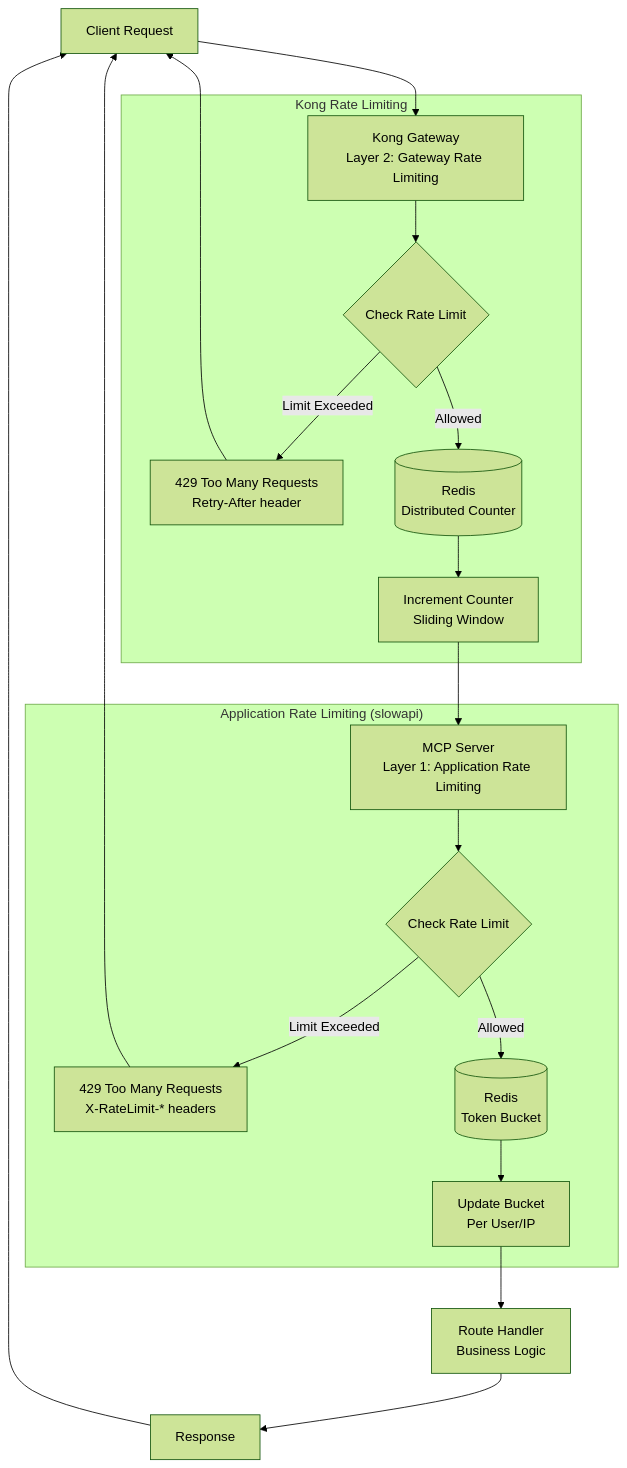
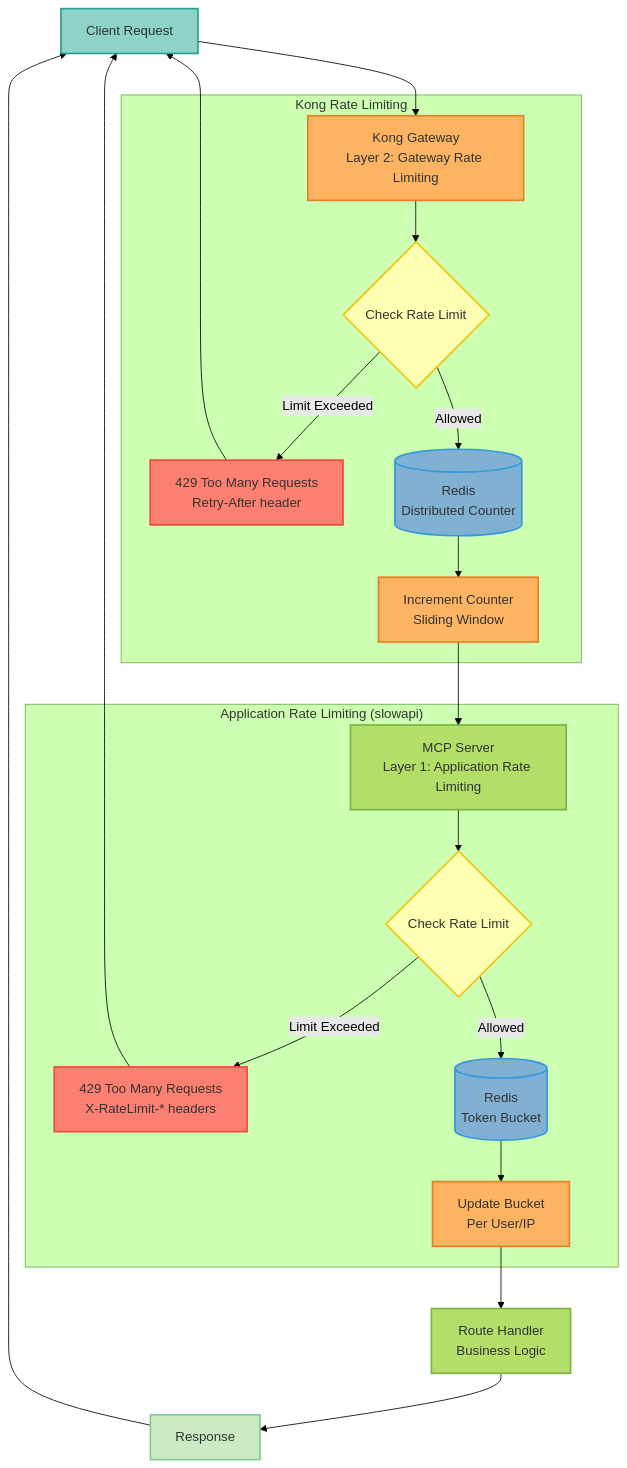
The first of 2 diagrams in docs/architecture/adr-0027-rate-limiting-strategy.mdx (vishnu2kmohan/mcp-server-langgraph), drawn with Mermaid (forest theme) before and after one commit. The commit also changed 1 other file, not shown here.

First paragraph of the commit message:
docs: add ColorBrewer2 Set3 palette styling to Mermaid diagrams
Add mandatory ColorBrewer2 Set3 palette styling to two Mermaid diagrams
that were missing the styling comment and/or complete classDef definitions.

````diff
--- a/docs/architecture/adr-0027-rate-limiting-strategy.mdx
+++ b/docs/architecture/adr-0027-rate-limiting-strategy.mdx
@@ -43,28 +43,44 @@
 ```mermaid
 flowchart TB
     Client[Client Request] --> Kong[Kong Gateway<br/>Layer 2: Gateway Rate Limiting]
 
     subgraph "Kong Rate Limiting"
         Kong --> KongCheck{Check Rate Limit}
         KongCheck -->|Limit Exceeded| Kong429[429 Too Many Requests<br/>Retry-After header]
         KongCheck -->|Allowed| KongRedis[(Redis<br/>Distributed Counter)]
         KongRedis --> UpdateKong[Increment Counter<br/>Sliding Window]
     end
 
     UpdateKong --> App[MCP Server<br/>Layer 1: Application Rate Limiting]
 
     subgraph "Application Rate Limiting (slowapi)"
         App --> AppCheck{Check Rate Limit}
         AppCheck -->|Limit Exceeded| App429[429 Too Many Requests<br/>X-RateLimit-* headers]
         AppCheck -->|Allowed| AppRedis[(Redis<br/>Token Bucket)]
         AppRedis --> UpdateApp[Update Bucket<br/>Per User/IP]
     end
 
     UpdateApp --> Handler[Route Handler<br/>Business Logic]
     Handler --> Response[Response]
 
     Kong429 --> Client
     App429 --> Client
     Response --> Client
 
+    %% ColorBrewer2 Set3 palette - each component type uniquely colored
+    classDef clientStyle fill:#8dd3c7,stroke:#2a9d8f,stroke-width:2px,color:#333
+    classDef ingressStyle fill:#fdb462,stroke:#e67e22,stroke-width:2px,color:#333
+    classDef appStyle fill:#b3de69,stroke:#7cb342,stroke-width:2px,color:#333
+    classDef storageStyle fill:#80b1d3,stroke:#3498db,stroke-width:2px,color:#333
+    classDef decisionStyle fill:#ffffb3,stroke:#f1c40f,stroke-width:2px,color:#333
+    classDef errorStyle fill:#fb8072,stroke:#e74c3c,stroke-width:2px,color:#333
+    classDef resultStyle fill:#ccebc5,stroke:#82c99a,stroke-width:2px,color:#333
+
+    class Client clientStyle
+    class Kong,UpdateKong,UpdateApp ingressStyle
+    class App,Handler appStyle
+    class KongRedis,AppRedis storageStyle
+    class KongCheck,AppCheck decisionStyle
+    class Kong429,App429 errorStyle
+    class Response resultStyle
 ```
````
